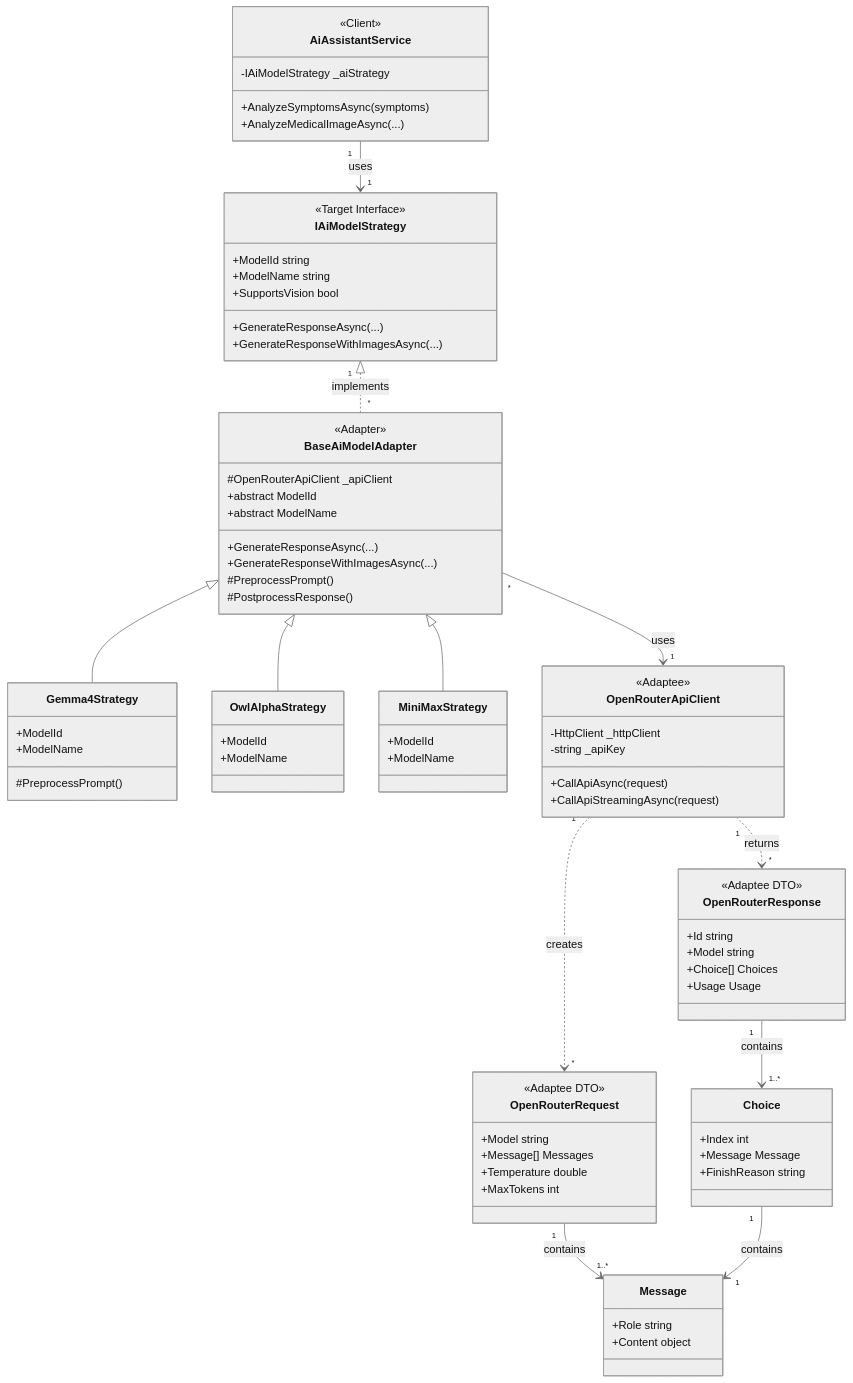
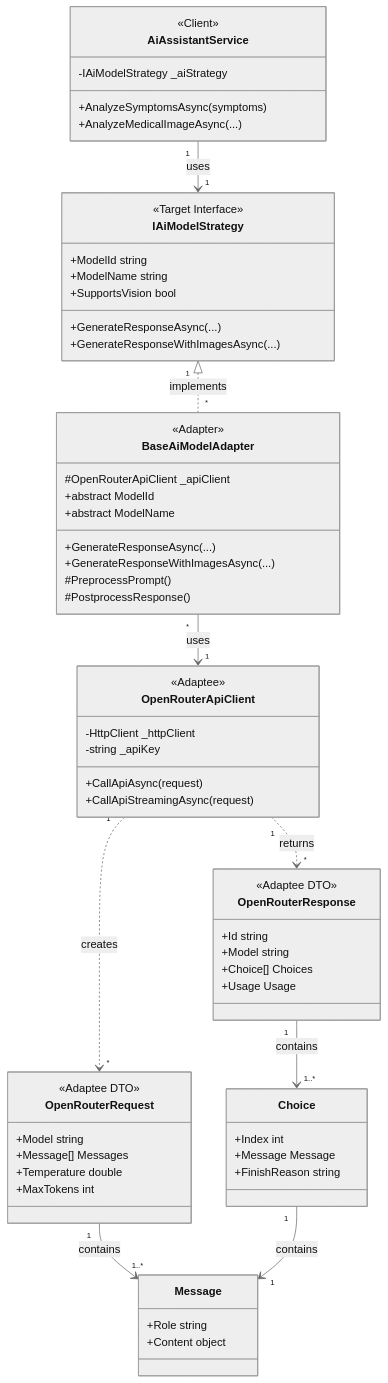
One commit to WeiXuan-C/ai-clinic changed the tenth of 12 diagrams in DESIGN_PATTERNS_PROFESSIONAL.md. Above: the diagram before and after it, drawn with Mermaid (neutral theme). The commit also changed other lines of this file and 17 other files, not shown here.

```diff
--- a/DESIGN_PATTERNS_PROFESSIONAL.md
+++ b/DESIGN_PATTERNS_PROFESSIONAL.md
@@ -1856,23 +1966,6 @@
         +GenerateResponseWithImagesAsync(...)
         #PreprocessPrompt()
         #PostprocessResponse()
-    }
-    
-    %% Concrete Adapters
-    class Gemma4Strategy {
-        +ModelId
-        +ModelName
-        #PreprocessPrompt()
-    }
-    
-    class OwlAlphaStrategy {
-        +ModelId
-        +ModelName
-    }
-    
-    class MiniMaxStrategy {
-        +ModelId
-        +ModelName
     }
     
     %% Adaptee
@@ -1916,10 +2009,6 @@
     AiAssistantService "1" --> "1" IAiModelStrategy : uses
     IAiModelStrategy "1" <|.. "*" BaseAiModelAdapter : implements
     
-    BaseAiModelAdapter <|-- Gemma4Strategy
-    BaseAiModelAdapter <|-- OwlAlphaStrategy
-    BaseAiModelAdapter <|-- MiniMaxStrategy
-    
     BaseAiModelAdapter "*" --> "1" OpenRouterApiClient : uses
     OpenRouterApiClient "1" ..> "*" OpenRouterRequest : creates
     OpenRouterApiClient "1" ..> "*" OpenRouterResponse : returns
```
